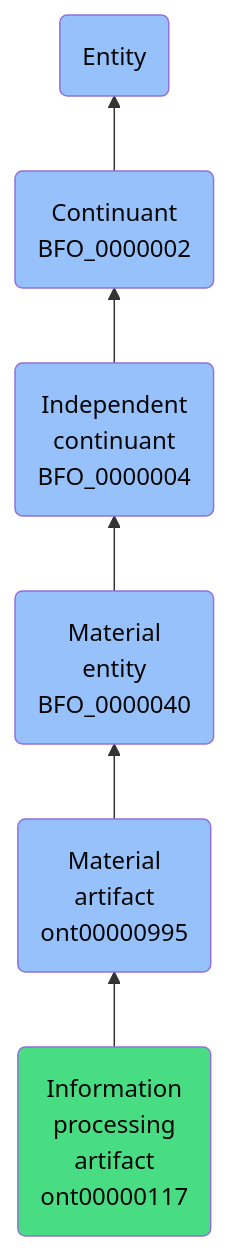
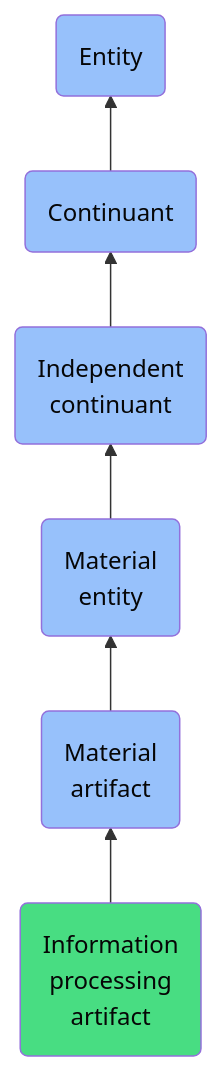
The diagram in docs/ontology/reference/model/Entity/Continuant/Independent continuant/Material entity/Material artifact/Information processing artifact/Information processing artifact.md (jupyter-naas/abi), drawn with Mermaid before and after one commit. The commit also changed other lines of this file and 1430 other files, not shown here.

````diff
--- a/docs/ontology/reference/model/Entity/Continuant/Independent continuant/Material entity/Material artifact/Information processing artifact/Information processing artifact.md
+++ b/docs/ontology/reference/model/Entity/Continuant/Independent continuant/Material entity/Material artifact/Information processing artifact/Information processing artifact.md
@@ -24,13 +24,13 @@
 ```mermaid
 graph BT
-    ont00000117(Information<br>processing<br>artifact<br>ont00000117):::ABI-->ont00000995
-    ont00000995(Material<br>artifact<br>ont00000995):::BFO-->BFO_0000040
-    BFO_0000040(Material<br>entity<br>BFO_0000040):::BFO-->BFO_0000004
-    BFO_0000004(Independent<br>continuant<br>BFO_0000004):::BFO-->BFO_0000002
-    BFO_0000002(Continuant<br>BFO_0000002):::BFO-->BFO_0000001
+    ont00000117(Information<br>processing<br>artifact):::ABI-->ont00000995
+    ont00000995(Material<br>artifact):::BFO-->BFO_0000040
+    BFO_0000040(Material<br>entity):::BFO-->BFO_0000004
+    BFO_0000004(Independent<br>continuant):::BFO-->BFO_0000002
+    BFO_0000002(Continuant):::BFO-->BFO_0000001
     BFO_0000001(Entity):::BFO
     
     classDef BFO fill:#97c1fb,color:#060606
     classDef CCO fill:#e4c51e,color:#060606
     classDef ABI fill:#48DD82,color:#060606
 ```
````
